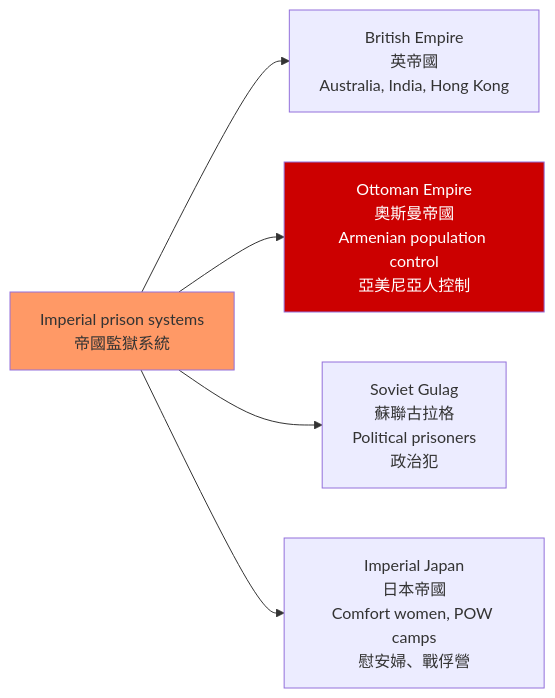
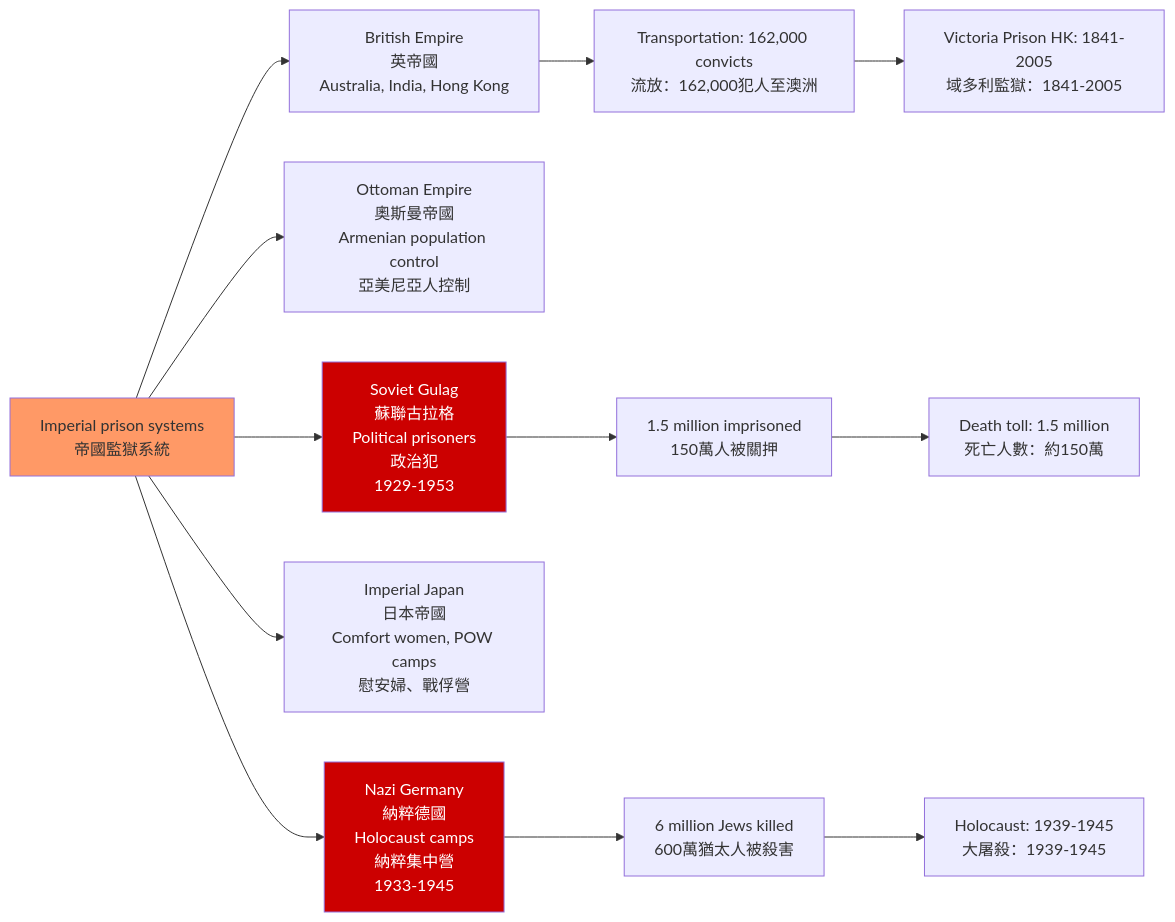
Before and after one commit to yip-lgtm/HKU-Harvard-History-Self-Study: the third of 5 diagrams in 01_HKU_Courses/HIST2225_Global_History_of_Prisons.md, drawn with Mermaid. The commit also changed other lines of this file and 22 other files, not shown here.

````diff
--- a/01_HKU_Courses/HIST2225_Global_History_of_Prisons.md
+++ b/01_HKU_Courses/HIST2225_Global_History_of_Prisons.md
@@ -114,10 +276,21 @@
 ```mermaid
 graph LR
     A[Imperial prison systems<br/>帝國監獄系統] --> B[British Empire<br/>英帝國<br/>Australia, India, Hong Kong]
     A --> C[Ottoman Empire<br/>奧斯曼帝國<br/>Armenian population control<br/>亞美尼亞人控制]
-    A --> D[Soviet Gulag<br/>蘇聯古拉格<br/>Political prisoners<br/>政治犯]
+    A --> D[Soviet Gulag<br/>蘇聯古拉格<br/>Political prisoners<br/>政治犯<br/>1929-1953]
     A --> E[Imperial Japan<br/>日本帝國<br/>Comfort women, POW camps<br/>慰安婦、戰俘營]
+    A --> F[Nazi Germany<br/>納粹德國<br/>Holocaust camps<br/>納粹集中營<br/>1933-1945]
+    
+    B --> B1[Transportation: 162,000 convicts<br/>流放：162,000犯人至澳洲]
+    B1 --> B2[Victoria Prison HK: 1841-2005<br/>域多利監獄：1841-2005]
+    
+    D --> D1[1.5 million imprisoned<br/>150萬人被關押]
+    D1 --> D2[Death toll: 1.5 million<br/>死亡人數：約150萬]
+    
+    F --> F1[6 million Jews killed<br/>600萬猶太人被殺害]
+    F1 --> F2[Holocaust: 1939-1945<br/>大屠殺：1939-1945]
     
     style A fill:#f96
-    style C fill:#c00,color:#fff
+    style D fill:#c00,color:#fff
+    style F fill:#c00,color:#fff
 ```
````
